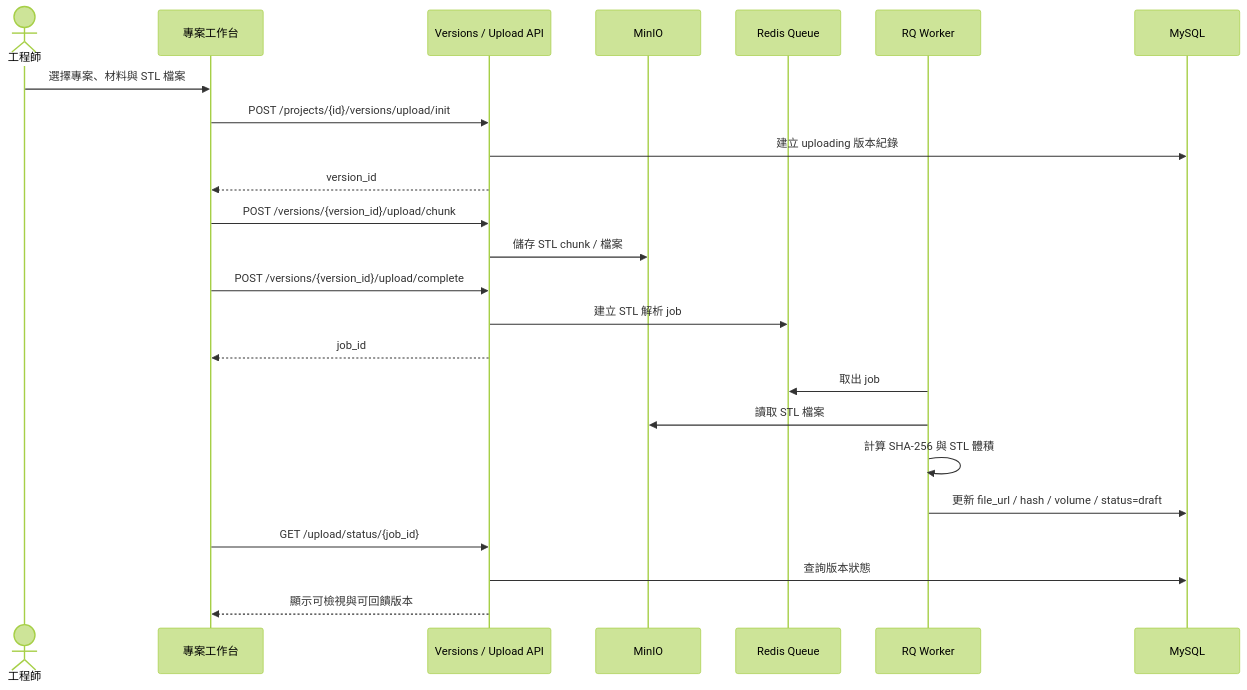
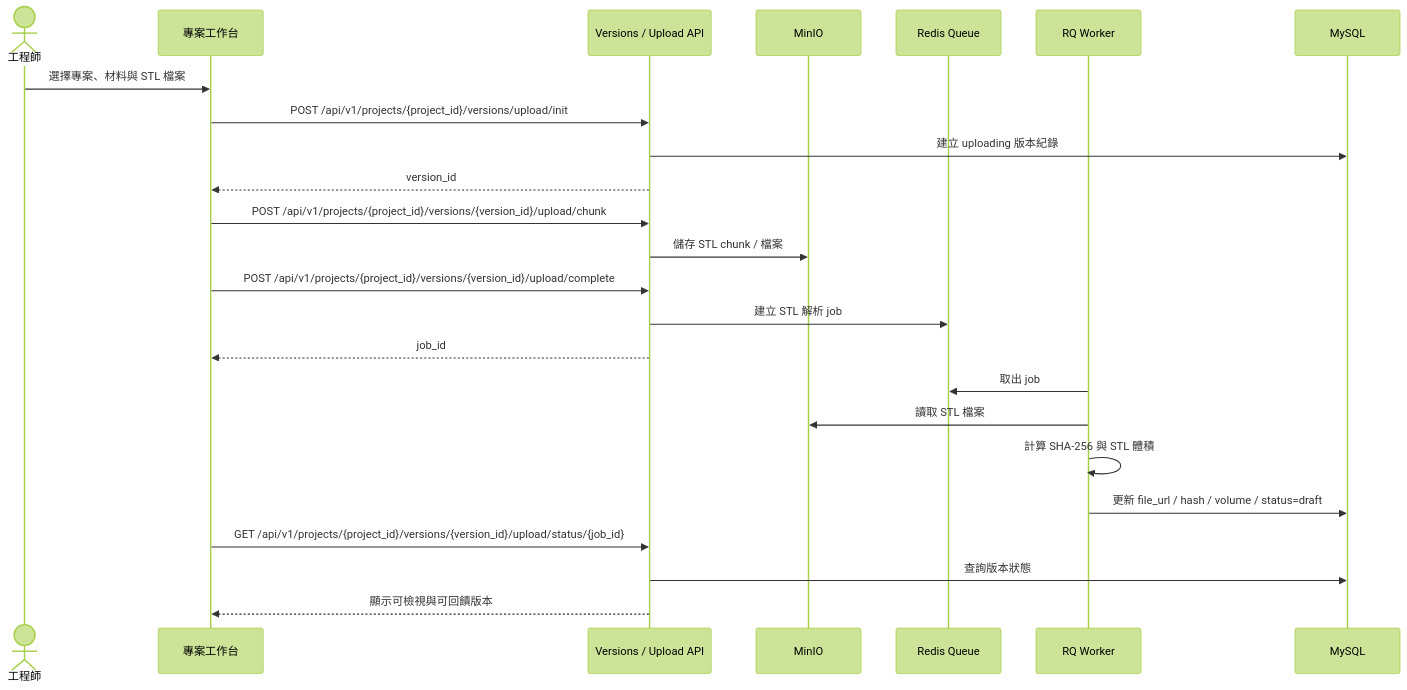
Before and after one commit to lalyuns/sleek-medtech: the fifth of 6 diagrams in 期末專案報告.md, drawn with Mermaid (forest theme). The commit also changed other lines of this file, not shown here.

Commit message:
Update project documentation

````diff
--- a/期末專案報告.md
+++ b/期末專案報告.md
@@ -793,27 +869,27 @@
 ```mermaid
 sequenceDiagram
     actor Engineer as 工程師
     participant FE as 專案工作台
     participant API as Versions / Upload API
     participant OBJ as MinIO
     participant Queue as Redis Queue
     participant Worker as RQ Worker
     participant DB as MySQL
 
     Engineer->>FE: 選擇專案、材料與 STL 檔案
-    FE->>API: POST /projects/{id}/versions/upload/init
+    FE->>API: POST /api/v1/projects/{project_id}/versions/upload/init
     API->>DB: 建立 uploading 版本紀錄
     API-->>FE: version_id
-    FE->>API: POST /versions/{version_id}/upload/chunk
+    FE->>API: POST /api/v1/projects/{project_id}/versions/{version_id}/upload/chunk
     API->>OBJ: 儲存 STL chunk / 檔案
-    FE->>API: POST /versions/{version_id}/upload/complete
+    FE->>API: POST /api/v1/projects/{project_id}/versions/{version_id}/upload/complete
     API->>Queue: 建立 STL 解析 job
     API-->>FE: job_id
     Worker->>Queue: 取出 job
     Worker->>OBJ: 讀取 STL 檔案
     Worker->>Worker: 計算 SHA-256 與 STL 體積
     Worker->>DB: 更新 file_url / hash / volume / status=draft
-    FE->>API: GET /upload/status/{job_id}
+    FE->>API: GET /api/v1/projects/{project_id}/versions/{version_id}/upload/status/{job_id}
     API->>DB: 查詢版本狀態
     API-->>FE: 顯示可檢視與可回饋版本
 ```
````
